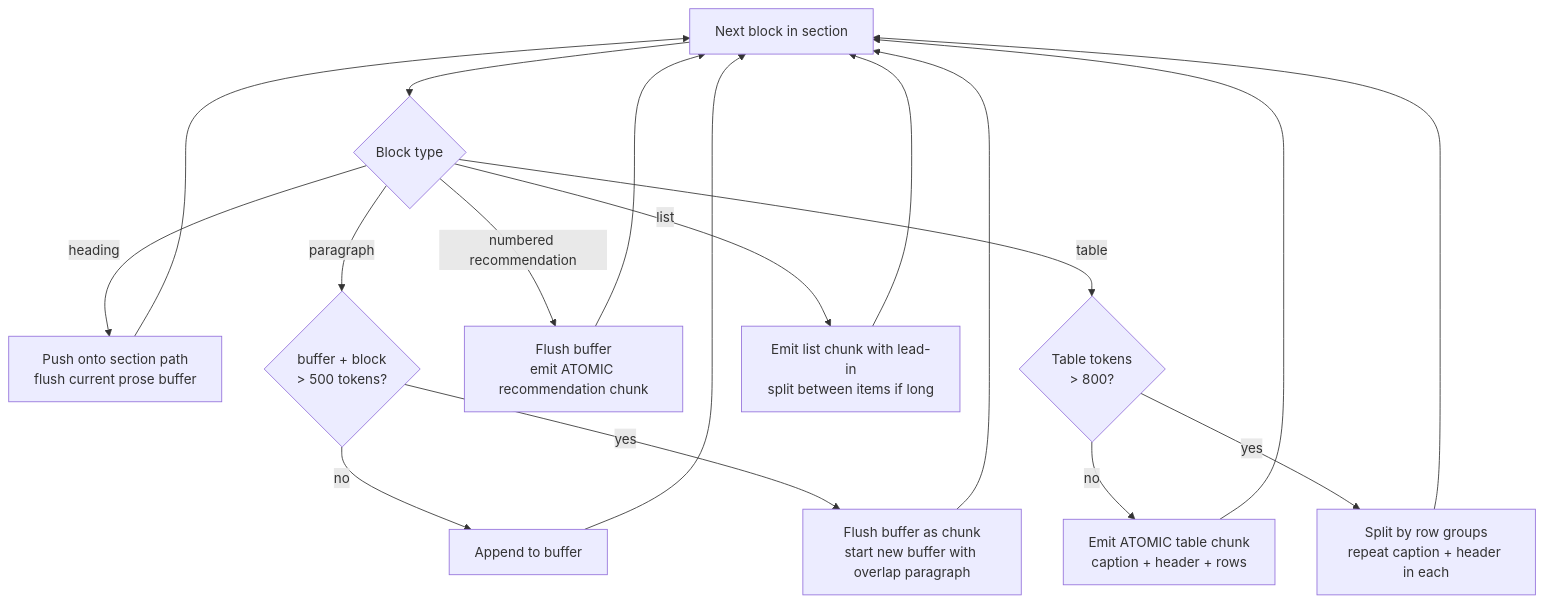
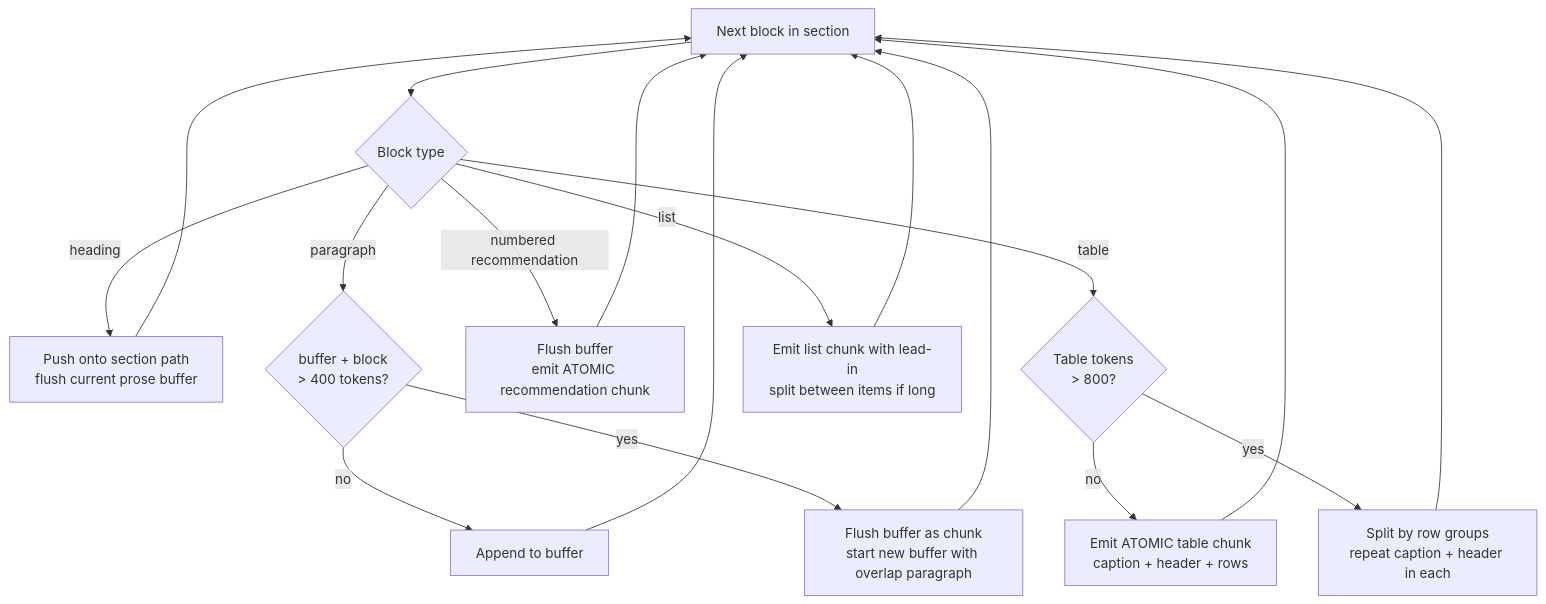
Before and after one commit to vaishali-iyengar/TruNutri-RAG-chatbot: the fourth of 11 diagrams in ARCHITECTURE.md, drawn with Mermaid. The commit also changed other lines of this file and 1 other file, not shown here.

First line of the commit message:
Update architecture doc and plan to the built system

````diff
--- a/ARCHITECTURE.md
+++ b/ARCHITECTURE.md
@@ -185,20 +191,20 @@
 ```mermaid
 flowchart TD
     S["Next block in section"] --> T{"Block type"}
     T -->|heading| H["Push onto section path<br/>flush current prose buffer"]
-    T -->|paragraph| P{"buffer + block<br/>> 500 tokens?"}
+    T -->|paragraph| P{"buffer + block<br/>> 400 tokens?"}
     P -->|no| PA["Append to buffer"]
     P -->|yes| PF["Flush buffer as chunk<br/>start new buffer with overlap paragraph"]
     T -->|numbered recommendation| R["Flush buffer<br/>emit ATOMIC recommendation chunk"]
     T -->|table| TB{"Table tokens<br/>> 800?"}
     TB -->|no| TA["Emit ATOMIC table chunk<br/>caption + header + rows"]
     TB -->|yes| TS["Split by row groups<br/>repeat caption + header in each"]
     T -->|list| L["Emit list chunk with lead-in<br/>split between items if long"]
     H --> S
     PA --> S
     PF --> S
     R --> S
     TA --> S
     TS --> S
     L --> S
 ```
````
